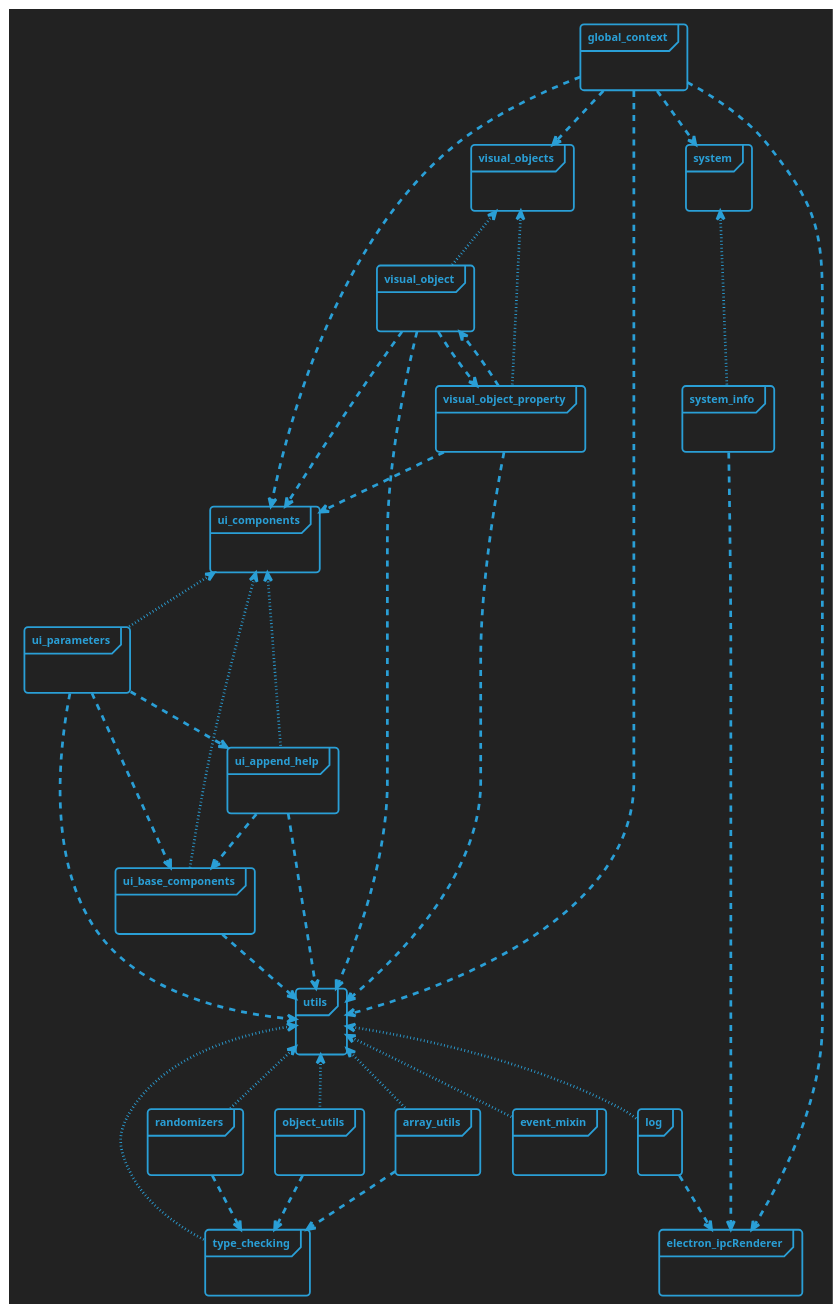
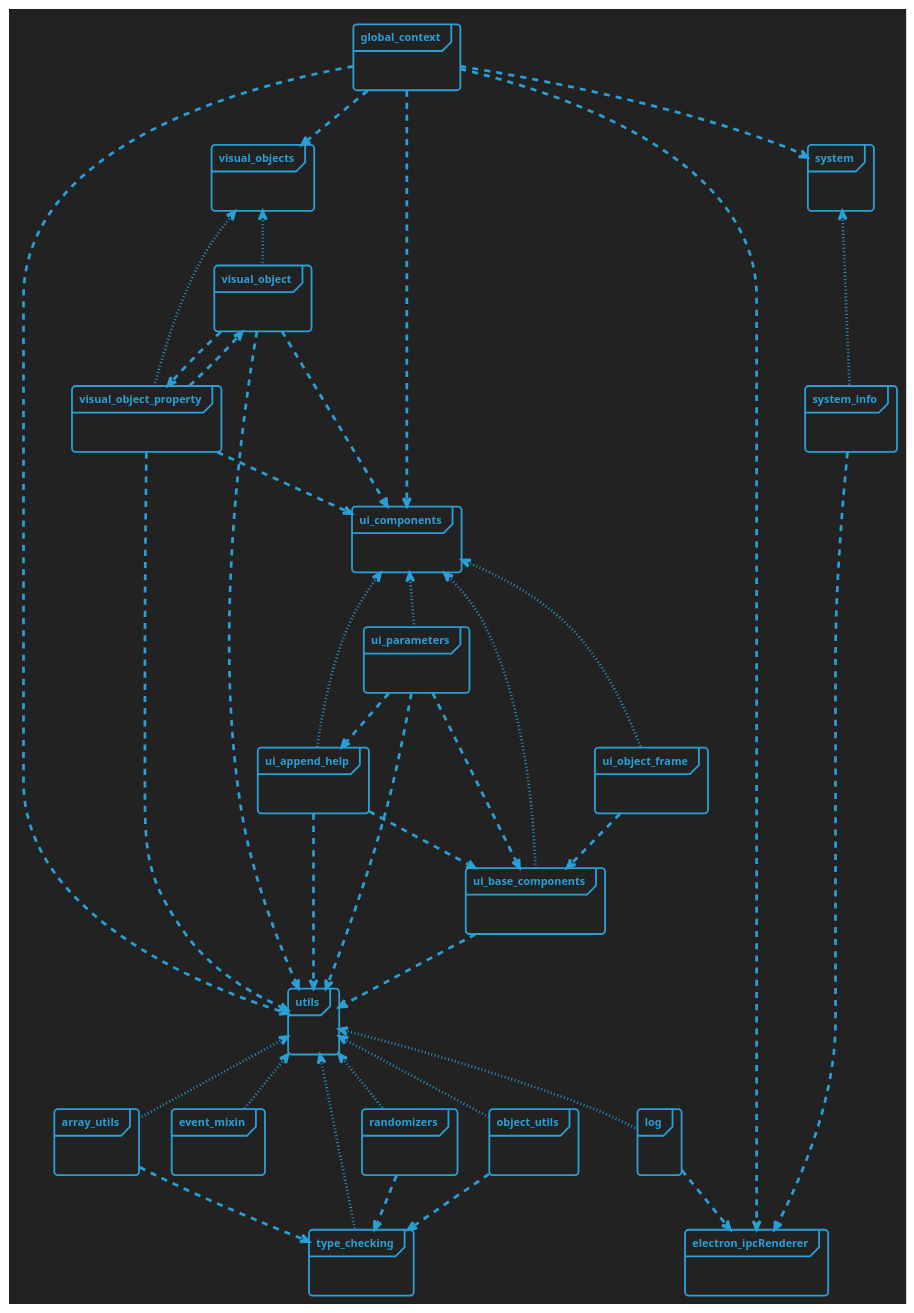
The diagram in docs/modules.plantuml (Picorims/wav2bar), drawn with PlantUML before and after one commit. The commit also changed 5 other files, not shown here.

```diff
--- a/docs/modules.plantuml
+++ b/docs/modules.plantuml
@@ -3,88 +3,92 @@
 @startuml modules
 !theme cyborg-outline
 skinparam BackgroundColor #222222
 skinparam PackageStyle frame
 
 'package: dotted = export, otherwise = import
 
 package "global_context" {}
 global_context ..> utils
 global_context ..> ui_components
 global_context ..> system
 global_context ..> electron_ipcRenderer
 global_context ..> visual_objects
 
 
 
 package "electron_ipcRenderer" {}
 
 
 
 package "system" {}
 system <.[dotted]. system_info
 
 package "system_info" {}
 system_info ..> electron_ipcRenderer
 
 
 
 package "ui_components" {}
 ui_components <.[dotted]. ui_base_components
 ui_components <.[dotted]. ui_parameters
 ui_components <.[dotted]. ui_append_help
+ui_components <.[dotted]. ui_object_frame
 
 package "ui_base_components" {}
 ui_base_components ..> utils
 
 package "ui_parameters" {}
 ui_parameters ..> utils
 ui_parameters ..> ui_base_components
 ui_parameters ..> ui_append_help
 
 package "ui_append_help" {}
 ui_append_help ..> utils
 ui_append_help ..> ui_base_components
+
+package "ui_object_frame" {}
+ui_object_frame ..> ui_base_components
 
 
 
 package "utils" {}
 utils <.[dotted]. type_checking
 utils <.[dotted]. randomizers
 utils <.[dotted]. array_utils
 utils <.[dotted]. log
 utils <.[dotted]. event_mixin
 utils <.[dotted]. object_utils
 
 package "array_utils" {}
 array_utils ..> type_checking
 
 package "randomizers" {}
 randomizers ..> type_checking
 
 package "type_checking" {}
 
 package "log" {}
 log ..> electron_ipcRenderer
 
 package "event_mixin" {}
 
 package "object_utils" {}
 object_utils ..> type_checking
 
 
 
 package "visual_objects" {}
 visual_objects <.[dotted]. visual_object
 visual_objects <.[dotted]. visual_object_property
 
 package "visual_object" {}
 visual_object ..> ui_components
 visual_object ..> utils
 visual_object ..> visual_object_property
 
 package "visual_object_property" {}
 visual_object_property ..> visual_object
 visual_object_property ..> utils
 visual_object_property ..> ui_components
 
 @enduml
```
